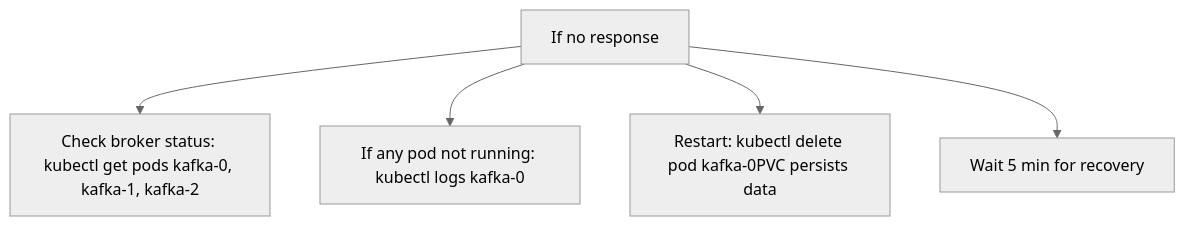
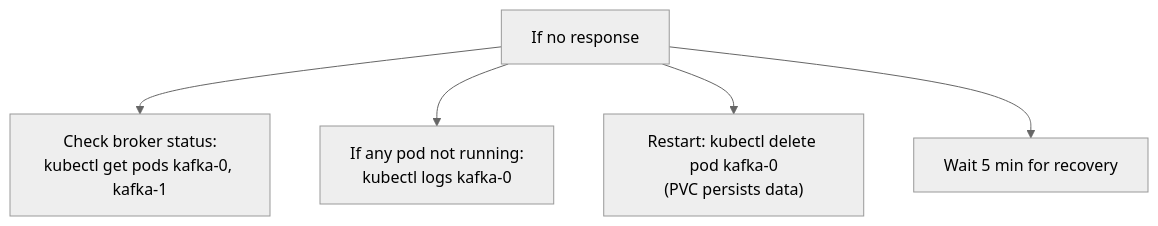
One commit to naren-chakraview/chakraview-fintech-data-mesh changed the second of 8 diagrams in docs/production/troubleshooting.md. Above: the diagram before and after it, drawn with Mermaid (neutral theme). The commit also changed other lines of this file and 21 other files, not shown here.

First line of the commit message:
Fix mermaid diagram rendering issues in fintech data mesh documentation

````diff
--- a/docs/production/troubleshooting.md
+++ b/docs/production/troubleshooting.md
@@ -71,8 +71,8 @@
 ```mermaid
 graph TD
     A["If no response"]
-    A --> A1["Check broker status: kubectl get pods kafka-0, kafka-1, kafka-2"]
-    A --> A2["If any pod not running: kubectl logs kafka-0"]
-    A --> A3["Restart: kubectl delete pod kafka-0PVC persists data"]
+    A --> A1["Check broker status:<br/>kubectl get pods kafka-0, kafka-1"]
+    A --> A2["If any pod not running:<br/>kubectl logs kafka-0"]
+    A --> A3["Restart: kubectl delete pod kafka-0<br/>(PVC persists data)"]
     A --> A4["Wait 5 min for recovery"]
 ```
````
